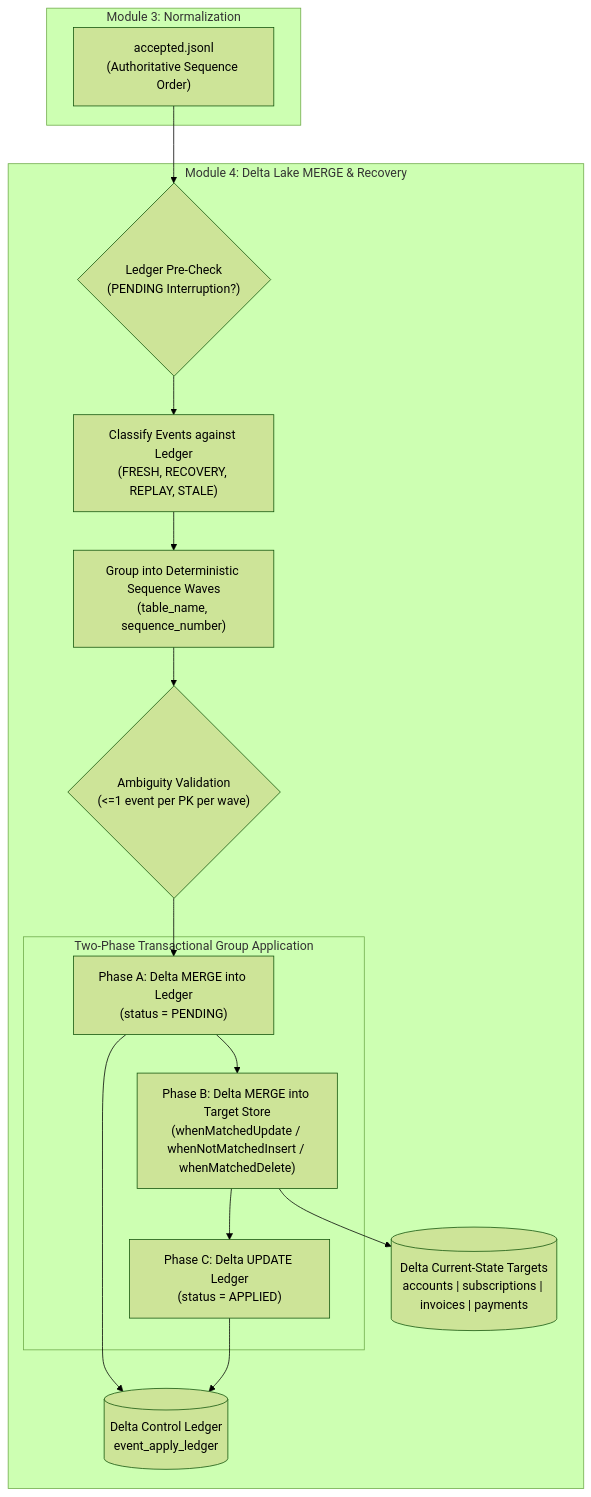
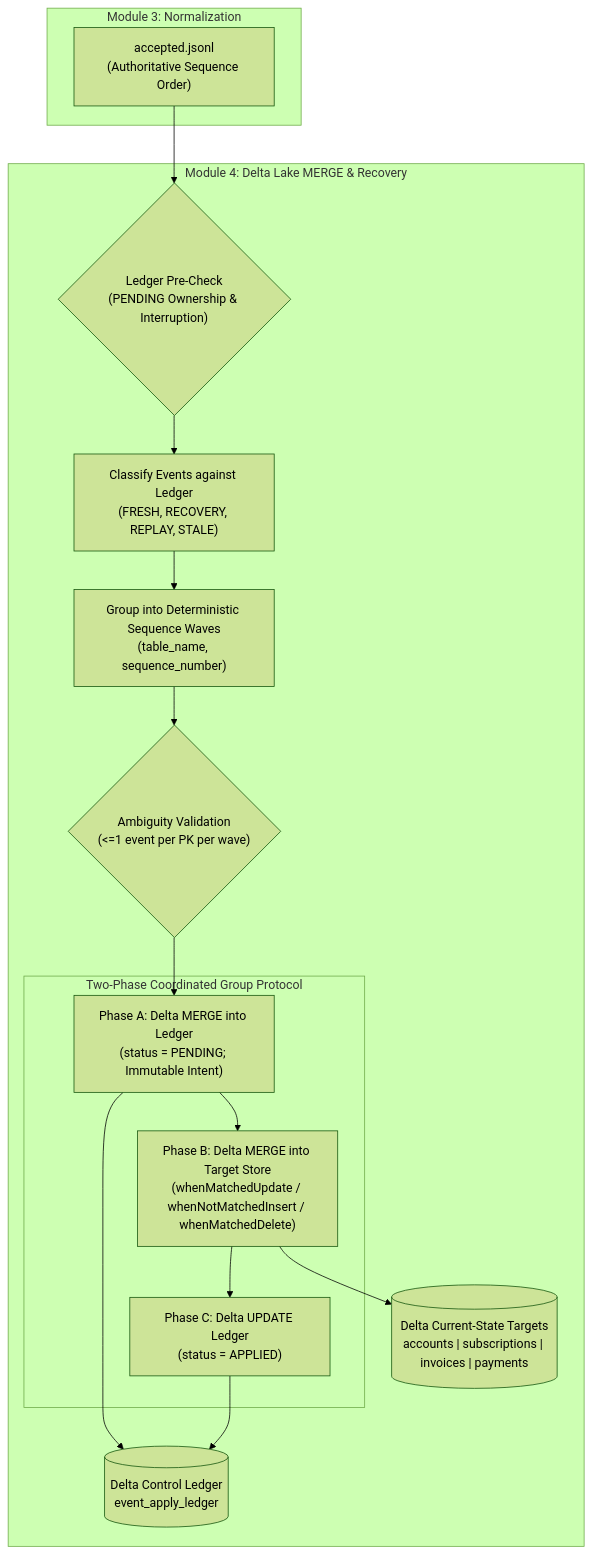
Before and after one commit to vijjureddy07/incremental-cdc-data-platform: the diagram in docs/04_DELTA_MERGE_REPLAY_RECOVERY.md, drawn with Mermaid (forest theme). The commit also changed other lines of this file and 33 other files, not shown here.

````diff
--- a/docs/04_DELTA_MERGE_REPLAY_RECOVERY.md
+++ b/docs/04_DELTA_MERGE_REPLAY_RECOVERY.md
@@ -7,33 +7,33 @@
 ```mermaid
 flowchart TD
     subgraph M3 ["Module 3: Normalization"]
         AC["accepted.jsonl<br/>(Authoritative Sequence Order)"]
     end
 
     subgraph M4 ["Module 4: Delta Lake MERGE & Recovery"]
-        LEDGER_CHK{"Ledger Pre-Check<br/>(PENDING Interruption?)"}
+        LEDGER_CHK{"Ledger Pre-Check<br/>(PENDING Ownership & Interruption)"}
         CLASSIFY["Classify Events against Ledger<br/>(FRESH, RECOVERY, REPLAY, STALE)"]
         WAVES["Group into Deterministic Sequence Waves<br/>(table_name, sequence_number)"]
         AMB_CHK{"Ambiguity Validation<br/>(<=1 event per PK per wave)"}
 
-        subgraph TWO_PHASE ["Two-Phase Transactional Group Application"]
-            PHASE_A["Phase A: Delta MERGE into Ledger<br/>(status = PENDING)"]
+        subgraph TWO_PHASE ["Two-Phase Coordinated Group Protocol"]
+            PHASE_A["Phase A: Delta MERGE into Ledger<br/>(status = PENDING; Immutable Intent)"]
             PHASE_B["Phase B: Delta MERGE into Target Store<br/>(whenMatchedUpdate / whenNotMatchedInsert / whenMatchedDelete)"]
             PHASE_C["Phase C: Delta UPDATE Ledger<br/>(status = APPLIED)"]
         end
 
         TARGETS[("Delta Current-State Targets<br/>accounts | subscriptions | invoices | payments")]
         LEDGER_STORE[("Delta Control Ledger<br/>event_apply_ledger")]
     end
 
     AC --> LEDGER_CHK
     LEDGER_CHK --> CLASSIFY
     CLASSIFY --> WAVES
     WAVES --> AMB_CHK
     AMB_CHK --> PHASE_A
     PHASE_A --> LEDGER_STORE
     PHASE_A --> PHASE_B
     PHASE_B --> TARGETS
     PHASE_B --> PHASE_C
     PHASE_C --> LEDGER_STORE
 ```
````
